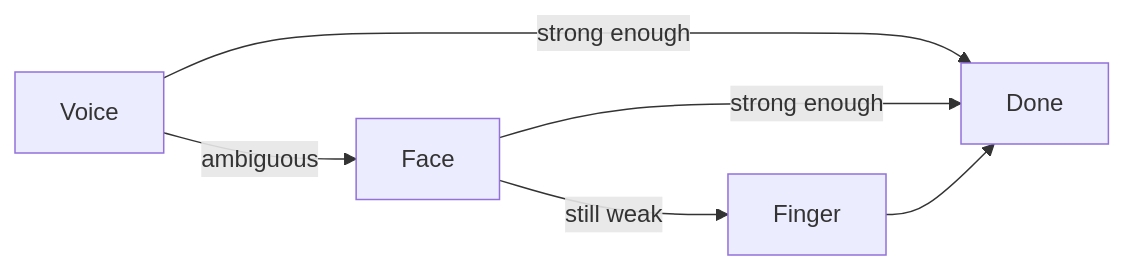
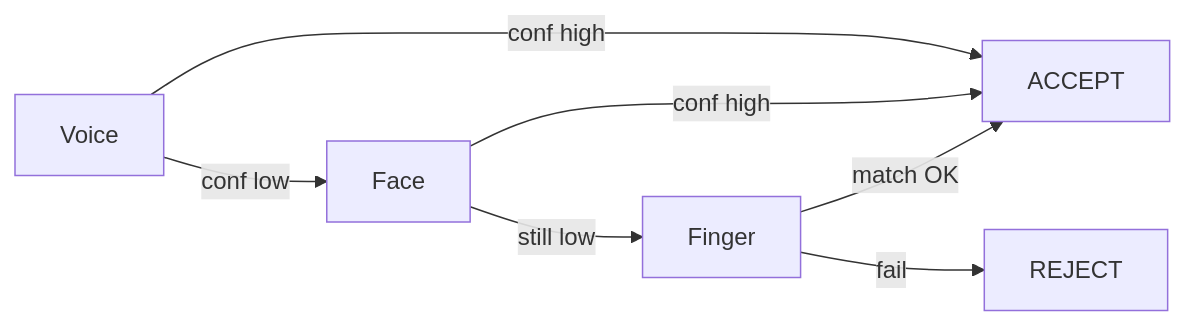
The fifth of 8 diagrams in README.md (couder-04/Drive_auth_edge), drawn with Mermaid before and after one commit. The commit also changed other lines of this file and 269 other files, not shown here.

````diff
--- a/README.md
+++ b/README.md
@@ -218,7 +192,8 @@
 ```mermaid
 flowchart LR
-  V[Voice] -->|ambiguous| F[Face] -->|still weak| G[Finger]
-  V -->|strong enough| OK[Done]
-  F -->|strong enough| OK
-  G --> OK
+  V[Voice] -->|conf low| F[Face] -->|still low| G[Finger]
+  V -->|conf high| OK[ACCEPT]
+  F -->|conf high| OK
+  G -->|match OK| OK
+  G -->|fail| X[REJECT]
 ```
````
